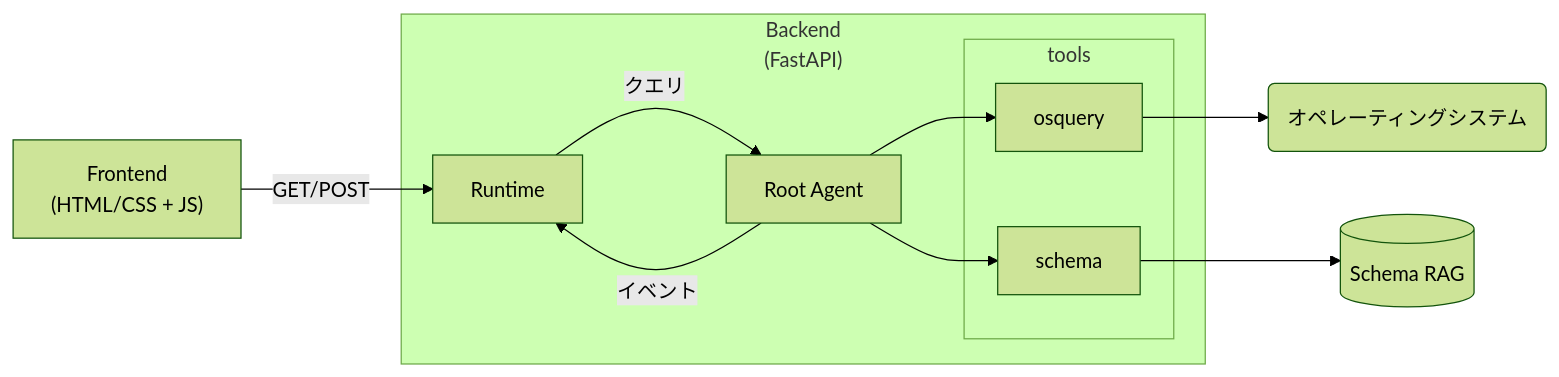
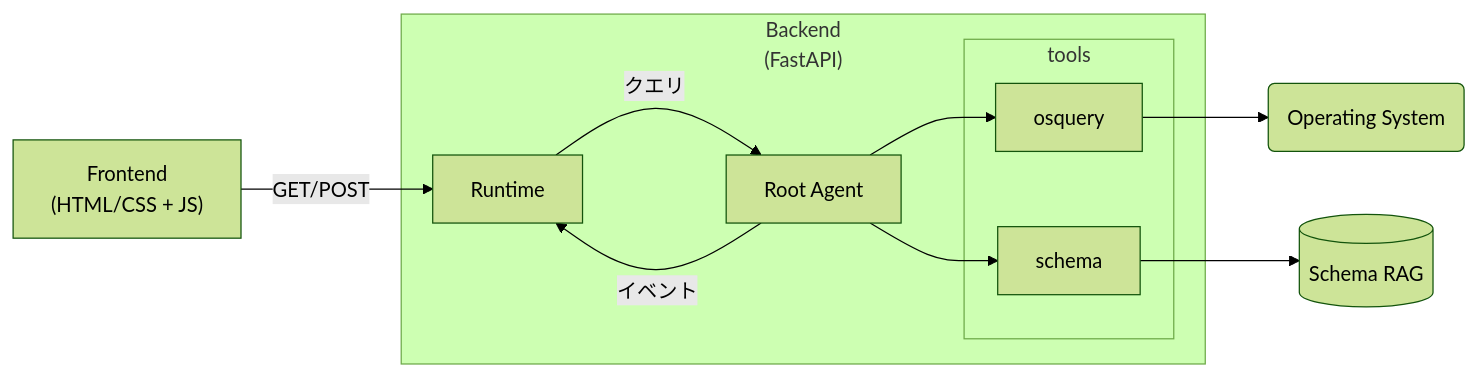
Before and after one commit to danicat/danicat.dev: the diagram in content/posts/20251031-building-aida/index.ja.md, drawn with Mermaid (forest theme). The commit also changed other lines of this file and 152 other files, not shown here.

```diff
--- a/content/posts/20251031-building-aida/index.ja.md
+++ b/content/posts/20251031-building-aida/index.ja.md
@@ -46,28 +59,28 @@
 {{< mermaid >}}
 flowchart LR
     frontend["`Frontend
     (HTML/CSS + JS)`"]
     runtime[Runtime]
     root["Root Agent"]
     osquery["osquery"]
     schema["schema"]
     rag[("Schema RAG")]
-    os("オペレーティングシステム")
+    os("Operating System")
     
     frontend -->|GET/POST| runtime
     
     subgraph be ["`Backend
     (FastAPI)`"]
     runtime -- クエリ --> root
     root -- イベント --> runtime
     root --> osquery
     root --> schema
     subgraph tools
     osquery
     schema
     end
     end
     
     osquery --> os
     schema --> rag
 {{< /mermaid >}}
```
